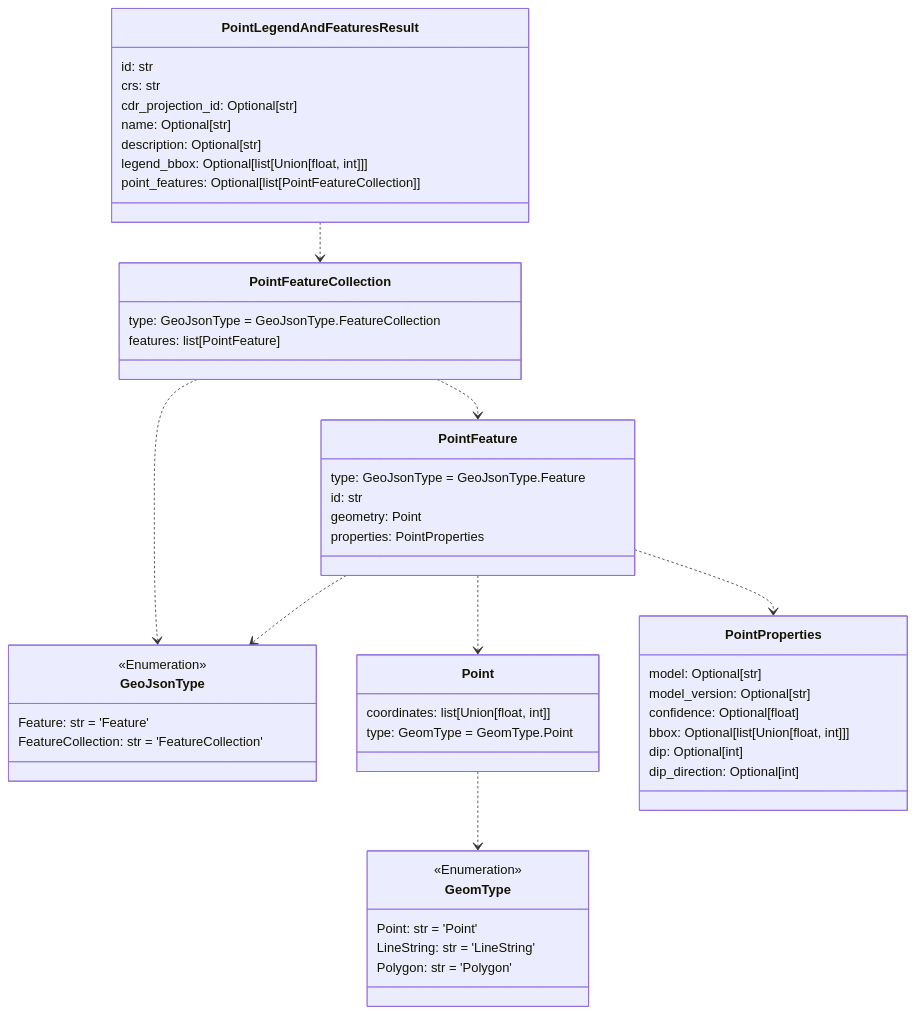
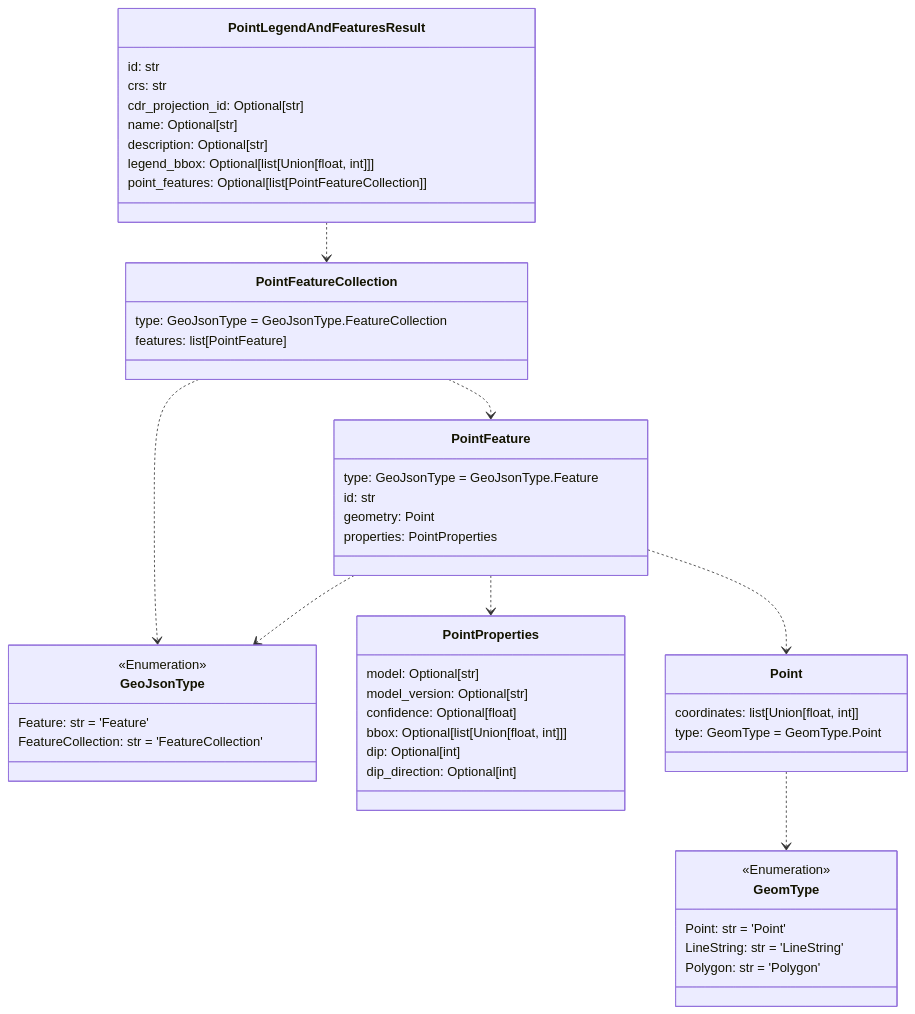
The fifth of 12 diagrams in README.md (DARPA-CRITICALMAAS/cdr_schemas), drawn with Mermaid before and after one commit. The commit also changed other lines of this file and 1 other file, not shown here.

````diff
--- a/README.md
+++ b/README.md
@@ -341,62 +341,62 @@
 ```mermaid
 classDiagram
-
-    class GeomType {
-        <<Enumeration>>
-        Point: str = 'Point'
-        LineString: str = 'LineString'
-        Polygon: str = 'Polygon'
-    }
 
     class PointProperties {
         model: Optional[str]
         model_version: Optional[str]
         confidence: Optional[float]
         bbox: Optional[list[Union[float, int]]]
         dip: Optional[int]
         dip_direction: Optional[int]
-    }
-
-    class PointFeatureCollection {
-        type: GeoJsonType = GeoJsonType.FeatureCollection
-        features: list[PointFeature]
-    }
-
-    class GeoJsonType {
-        <<Enumeration>>
-        Feature: str = 'Feature'
-        FeatureCollection: str = 'FeatureCollection'
-    }
-
-    class PointFeature {
-        type: GeoJsonType = GeoJsonType.Feature
-        id: str
-        geometry: Point
-        properties: PointProperties
-    }
-
-    class Point {
-        coordinates: list[Union[float, int]]
-        type: GeomType = GeomType.Point
     }
 
     class PointLegendAndFeaturesResult {
         id: str
         crs: str
         cdr_projection_id: Optional[str]
         name: Optional[str]
         description: Optional[str]
         legend_bbox: Optional[list[Union[float, int]]]
         point_features: Optional[list[PointFeatureCollection]]
     }
 
+    class GeomType {
+        <<Enumeration>>
+        Point: str = 'Point'
+        LineString: str = 'LineString'
+        Polygon: str = 'Polygon'
+    }
+
+    class PointFeature {
+        type: GeoJsonType = GeoJsonType.Feature
+        id: str
+        geometry: Point
+        properties: PointProperties
+    }
+
+    class GeoJsonType {
+        <<Enumeration>>
+        Feature: str = 'Feature'
+        FeatureCollection: str = 'FeatureCollection'
+    }
+
+    class Point {
+        coordinates: list[Union[float, int]]
+        type: GeomType = GeomType.Point
+    }
+
+    class PointFeatureCollection {
+        type: GeoJsonType = GeoJsonType.FeatureCollection
+        features: list[PointFeature]
+    }
+
     Point ..> GeomType
     PointFeature ..> GeoJsonType
+    PointFeature ..> PointProperties
     PointFeature ..> Point
-    PointFeature ..> PointProperties
     PointFeatureCollection ..> GeoJsonType
     PointFeatureCollection ..> PointFeature
     PointLegendAndFeaturesResult ..> PointFeatureCollection
 
 
 ```
````
